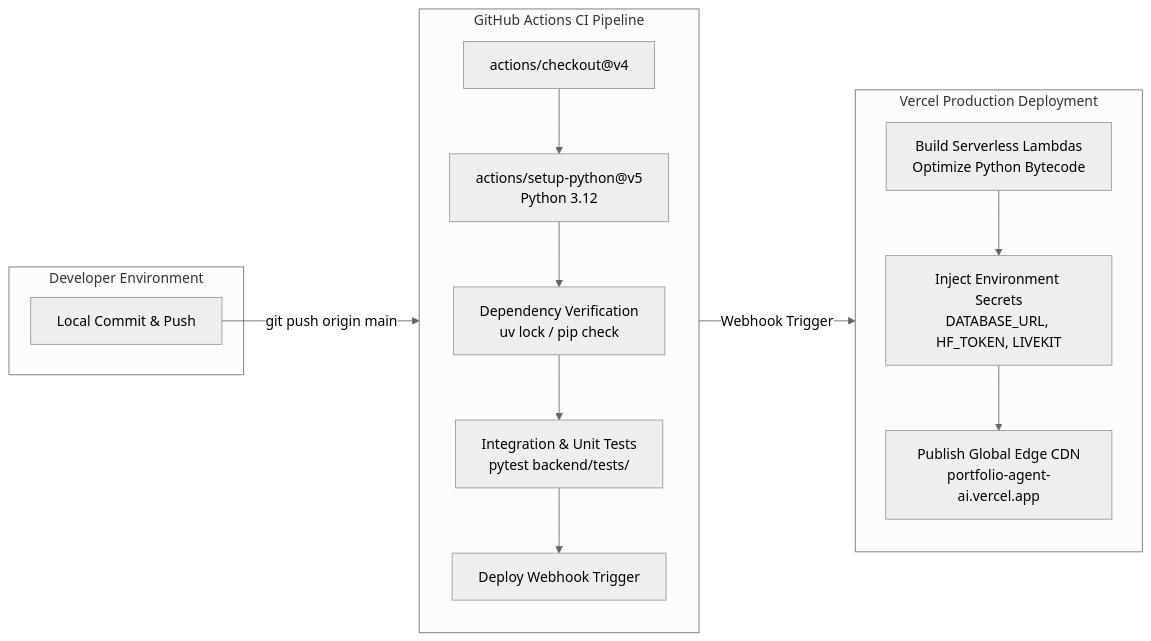
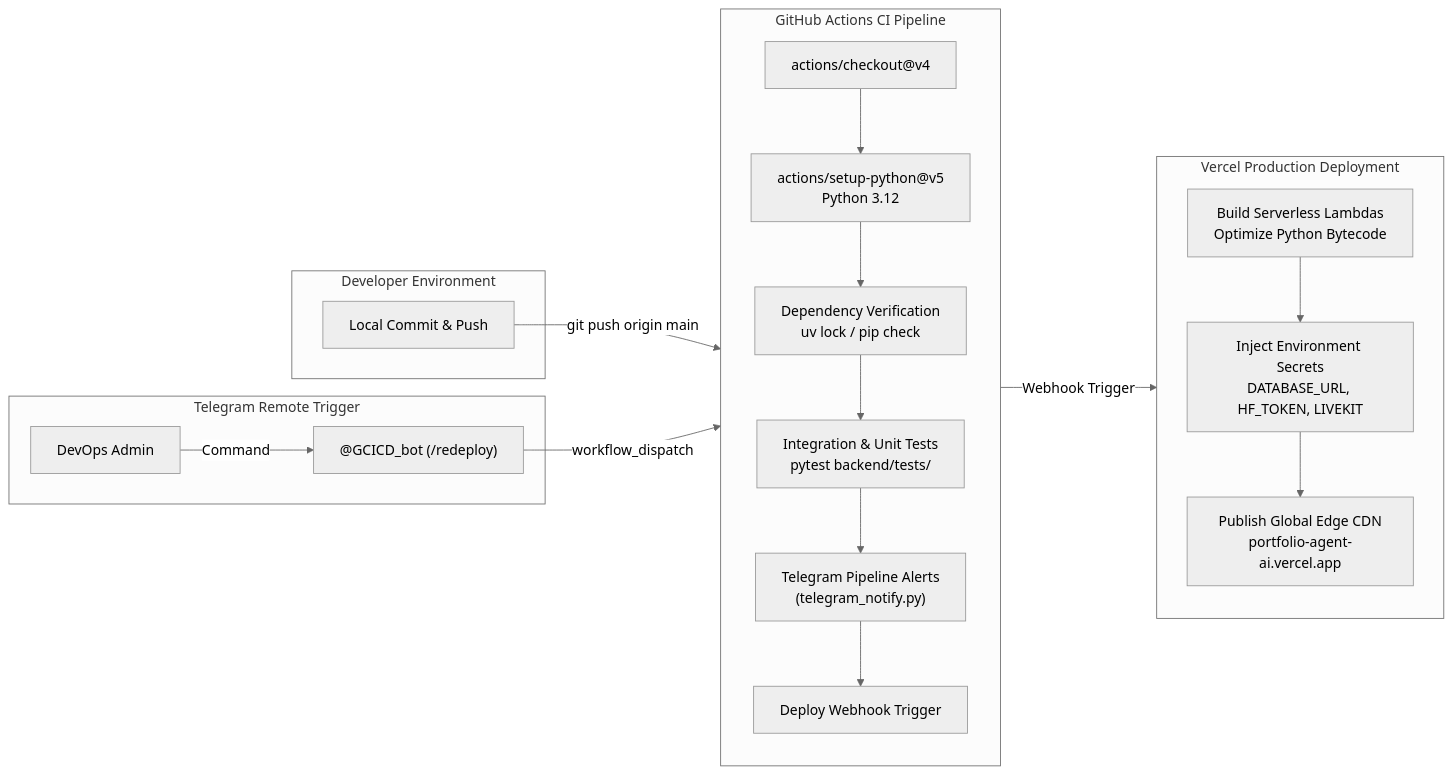
Before and after one commit to ambideXtrous9/portfolio-agent: the sixth of 6 diagrams in README.md, drawn with Mermaid (neutral theme). The commit also changed other lines of this file and 6 other files, not shown here.

Commit message:
docs(arch): integrate Telegram ChatOps, remote CI/CD control, and add missing brand icons

````diff
--- a/README.md
+++ b/README.md
@@ -346,27 +436,35 @@
 ```mermaid
 flowchart LR
     subgraph DevWorkspace ["Developer Environment"]
         Dev["Local Commit & Push"]
+    end
+
+    subgraph TelegramChatOps ["Telegram Remote Trigger"]
+        AdminUser["DevOps Admin"]
+        TGBot["@GCICD_bot (/redeploy)"]
+        AdminUser -->|Command| TGBot
     end
 
     subgraph GitHubActions ["GitHub Actions CI Pipeline"]
         direction TB
         Checkout["actions/checkout@v4"]
         SetupPython["actions/setup-python@v5\nPython 3.12"]
         VerifyDeps["Dependency Verification\nuv lock / pip check"]
         RunTests["Integration & Unit Tests\npytest backend/tests/"]
-        TriggerDeploy["Deploy Webhook Trigger"]
-        Checkout --> SetupPython --> VerifyDeps --> RunTests --> TriggerDeploy
+        TG_Alerts["Telegram Pipeline Alerts\n(telegram_notify.py)"]
+        DeployTrigger["Deploy Webhook Trigger"]
+        Checkout --> SetupPython --> VerifyDeps --> RunTests --> TG_Alerts --> DeployTrigger
     end
 
     subgraph VercelEdgeDeploy ["Vercel Production Deployment"]
         direction TB
         BuildLambda["Build Serverless Lambdas\nOptimize Python Bytecode"]
         SecretsInject["Inject Environment Secrets\nDATABASE_URL, HF_TOKEN, LIVEKIT"]
         DeployCDN["Publish Global Edge CDN\nportfolio-agent-ai.vercel.app"]
         BuildLambda --> SecretsInject --> DeployCDN
     end
 
     Dev -->|git push origin main| Checkout
-    TriggerDeploy -->|Webhook Trigger| BuildLambda
+    TGBot -->|workflow_dispatch| Checkout
+    DeployTrigger -->|Webhook Trigger| BuildLambda
 ```
````
